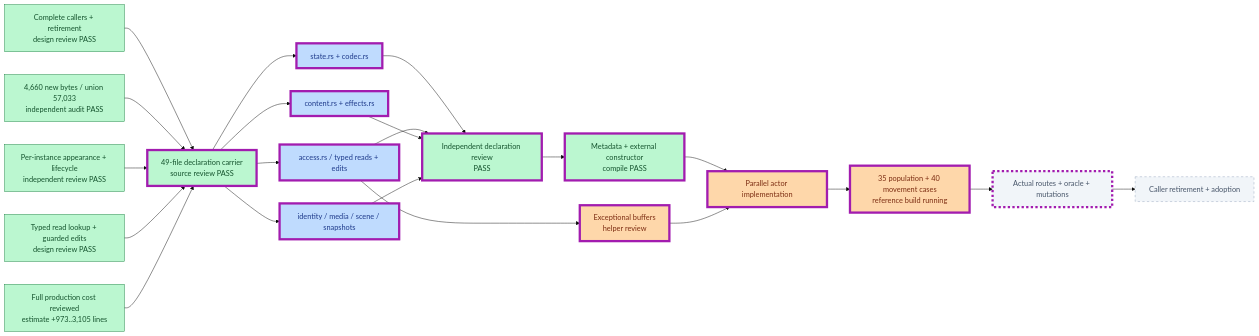
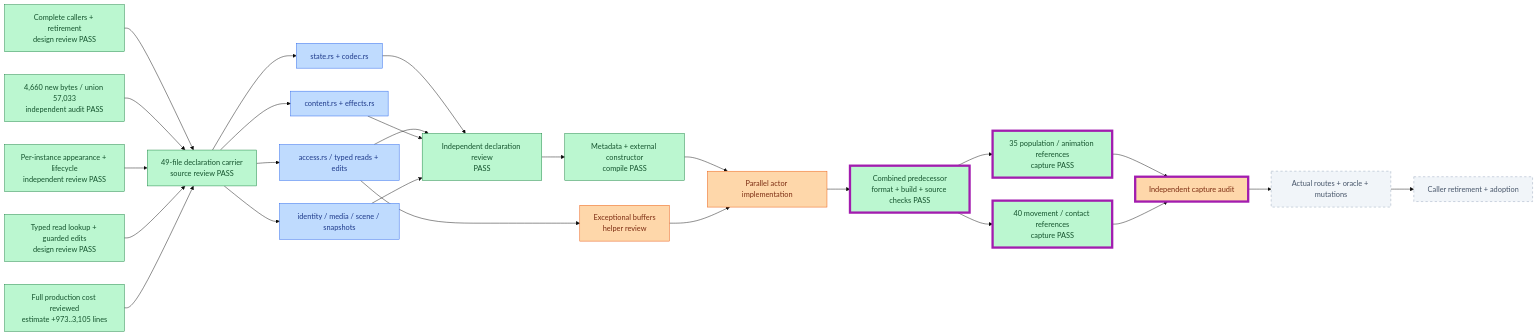
The second of 21 diagrams in PROGRESS.md (JimLundin/sm-decomp), drawn with Mermaid (base theme) before and after one commit. The commit also changed 1 other file, not shown here.

Commit message:
Record 75 actor reference captures passing; static docs checks pass
Combined predecessor format/build and source/native checks pass at source 7c2f91970c6772e82085d73dd9dafa6480c544eb2bd7da545538397a290b88a7. All 35 population/animation and 40 movement/contact cases pass fixture assertions and protocol checks. Independent output audit pending; replacement comparisons and mutation tests remain pending. Documentation-only update: git diff --check passes; progress counters unchanged.

````diff
--- a/PROGRESS.md
+++ b/PROGRESS.md
@@ -27,28 +27,32 @@
 ```mermaid
 flowchart LR
     AC["Complete callers + retirement<br/>design review PASS"]:::done --> AD["49-file declaration carrier<br/>source review PASS"]:::done
     AU["4,660 new bytes / union 57,033<br/>independent audit PASS"]:::done --> AD
     AI["Per-instance appearance + lifecycle<br/>independent review PASS"]:::done --> AD
     AR["Typed read lookup + guarded edits<br/>design review PASS"]:::done --> AD
     AP["Full production cost reviewed<br/>estimate +973..3,105 lines"]:::done --> AD
     AD --> AS["state.rs + codec.rs"]:::draft
     AD --> AV["access.rs / typed reads + edits"]:::draft
     AD --> AE["content.rs + effects.rs"]:::draft
     AD --> AM["identity / media / scene / snapshots"]:::draft
     AS --> AT["Independent declaration review<br/>PASS"]:::done
     AV --> AT
     AE --> AT
     AM --> AT
     AT --> ATC["Metadata + external constructor<br/>compile PASS"]:::done
     ATC --> AB["Parallel actor implementation"]:::active
     AV --> APR["Exceptional buffers<br/>helper review"]:::active --> AB
-    AB --> AX["35 population + 40 movement cases<br/>reference build running"]:::active
-    AX --> AVERIFY["Actual routes + oracle + mutations"]:::pending
+    AB --> AX["Combined predecessor<br/>format + build + source checks PASS"]:::done
+    AX --> AXPOP["35 population / animation references<br/>capture PASS"]:::done
+    AX --> AXMOVE["40 movement / contact references<br/>capture PASS"]:::done
+    AXPOP --> AXAUDIT["Independent capture audit"]:::active
+    AXMOVE --> AXAUDIT
+    AXAUDIT --> AVERIFY["Actual routes + oracle + mutations"]:::pending
     AVERIFY --> AA["Caller retirement + adoption"]:::pending
-    class AD,AS,AV,AE,AM,AT,ATC,APR,AB,AX,AVERIFY changed
+    class AX,AXPOP,AXMOVE,AXAUDIT changed
     classDef done fill:#bbf7d0,stroke:#15803d,color:#14532d
     classDef draft fill:#bfdbfe,stroke:#2563eb,color:#1e3a8a
     classDef active fill:#fed7aa,stroke:#ea580c,color:#7c2d12
     classDef pending fill:#f1f5f9,stroke:#94a3b8,color:#475569,stroke-dasharray:5 5
     classDef changed stroke:#a21caf,stroke-width:5px
 ```
````
